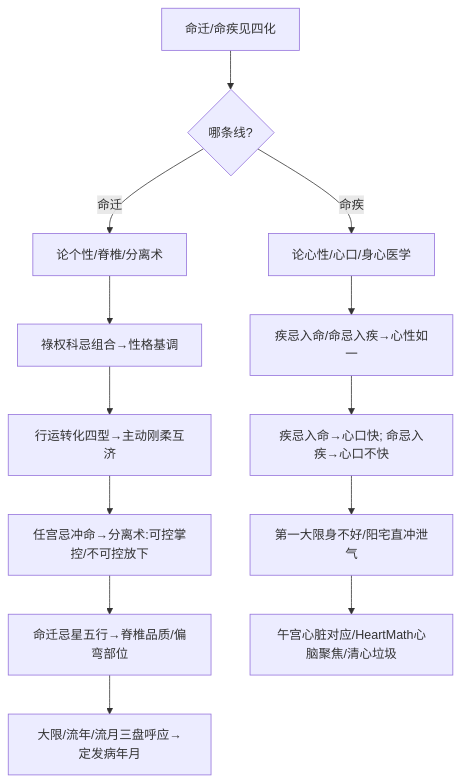
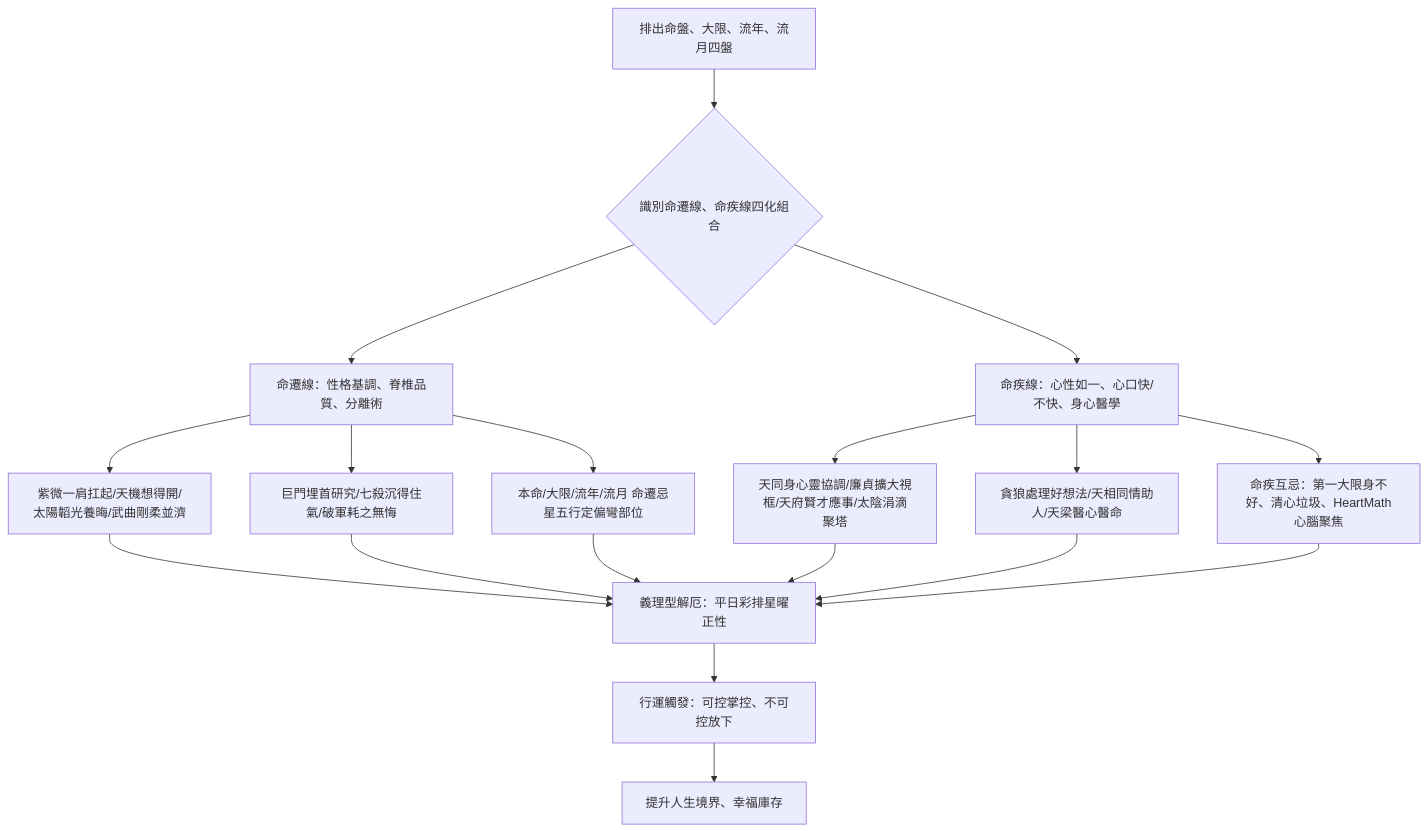
The diagram in pages/ziwei-sihua-xinli-shenxin.md (OpenDocCN1/mystery-llm-wiki), drawn with Mermaid before and after one commit. The commit also changed other lines of this file and 4 other files, not shown here.

````diff
--- a/pages/ziwei-sihua-xinli-shenxin.md
+++ b/pages/ziwei-sihua-xinli-shenxin.md
@@ -237,15 +413,15 @@
 ```mermaid
 flowchart TD
-    A[命迁/命疾见四化] --> B{哪条线?}
-    B -->|命迁| C[论个性/脊椎/分离术]
-    B -->|命疾| D[论心性/心口/身心医学]
-    C --> C1[祿权科忌组合→性格基调]
-    C1 --> C2[行运转化四型→主动刚柔互济]
-    C2 --> C3[任宫忌冲命→分离术:可控掌控/不可控放下]
-    C3 --> C4[命迁忌星五行→脊椎品质/偏弯部位]
-    C4 --> C5[大限/流年/流月三盘呼应→定发病年月]
-    D --> D1[疾忌入命/命忌入疾→心性如一]
-    D1 --> D2[疾忌入命→心口快; 命忌入疾→心口不快]
-    D2 --> D3[第一大限身不好/阳宅直冲泄气]
-    D3 --> D4[午宫心脏对应/HeartMath心脑聚焦/清心垃圾]
+    A[排出命盤、大限、流年、流月四盤] --> B{識別命遷線、命疾線四化組合}
+    B --> C[命遷線：性格基調、脊椎品質、分離術]
+    B --> D[命疾線：心性如一、心口快/不快、身心醫學]
+    C --> C1[紫微一肩扛起/天機想得開/太陽韜光養晦/武曲剛柔並濟]
+    C --> C2[巨門埋首研究/七殺沉得住氣/破軍耗之無悔]
+    C --> C3[本命/大限/流年/流月 命遷忌星五行定偏彎部位]
+    D --> D1[天同身心靈協調/廉貞擴大視框/天府賢才應事/太陰涓滴聚塔]
+    D --> D2[貪狼處理好想法/天相同情助人/天梁醫心醫命]
+    D --> D3[命疾互忌：第一大限身不好、清心垃圾、HeartMath心腦聚焦]
+    C1 & C2 & C3 & D1 & D2 & D3 --> E[義理型解厄：平日彩排星曜正性]
+    E --> F[行運觸發：可控掌控、不可控放下]
+    F --> G[提升人生境界、幸福庫存]
 ```
````
